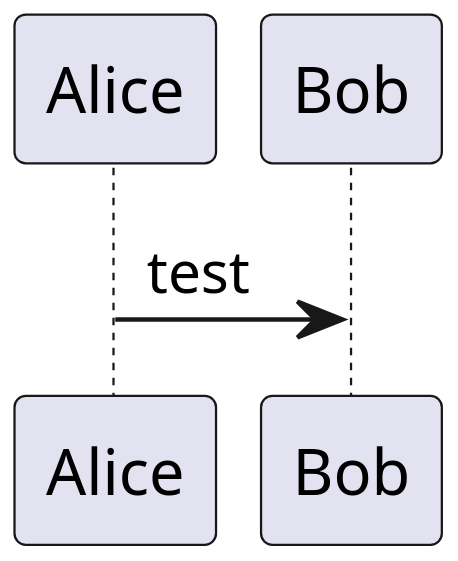
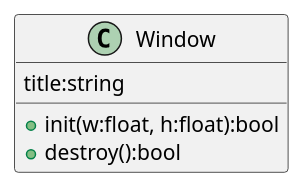
The diagram in planning/main.plantuml (rscrsc/eltitnu), drawn with PlantUML before and after one commit.

Commit message:
class diagram sample

```diff
--- a/planning/main.plantuml
+++ b/planning/main.plantuml
@@ -1,4 +1,7 @@
 @startuml test
-scale 3
-Alice -> Bob : test
+class Window {
+    title:string
+    +init(w:float, h:float):bool
+    +destroy():bool
+}
 @enduml
```
